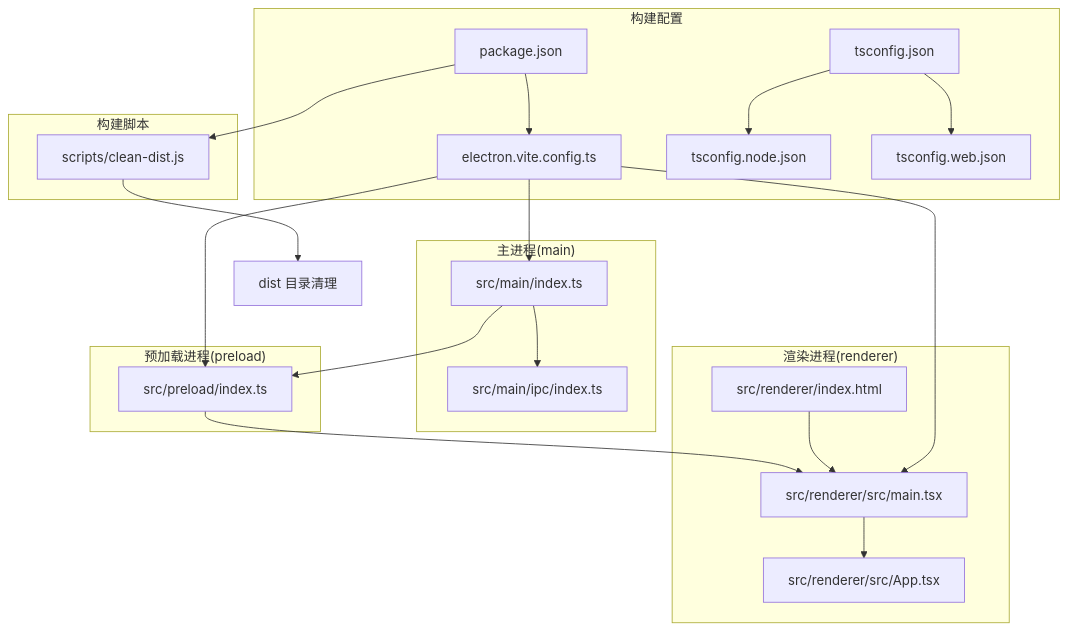
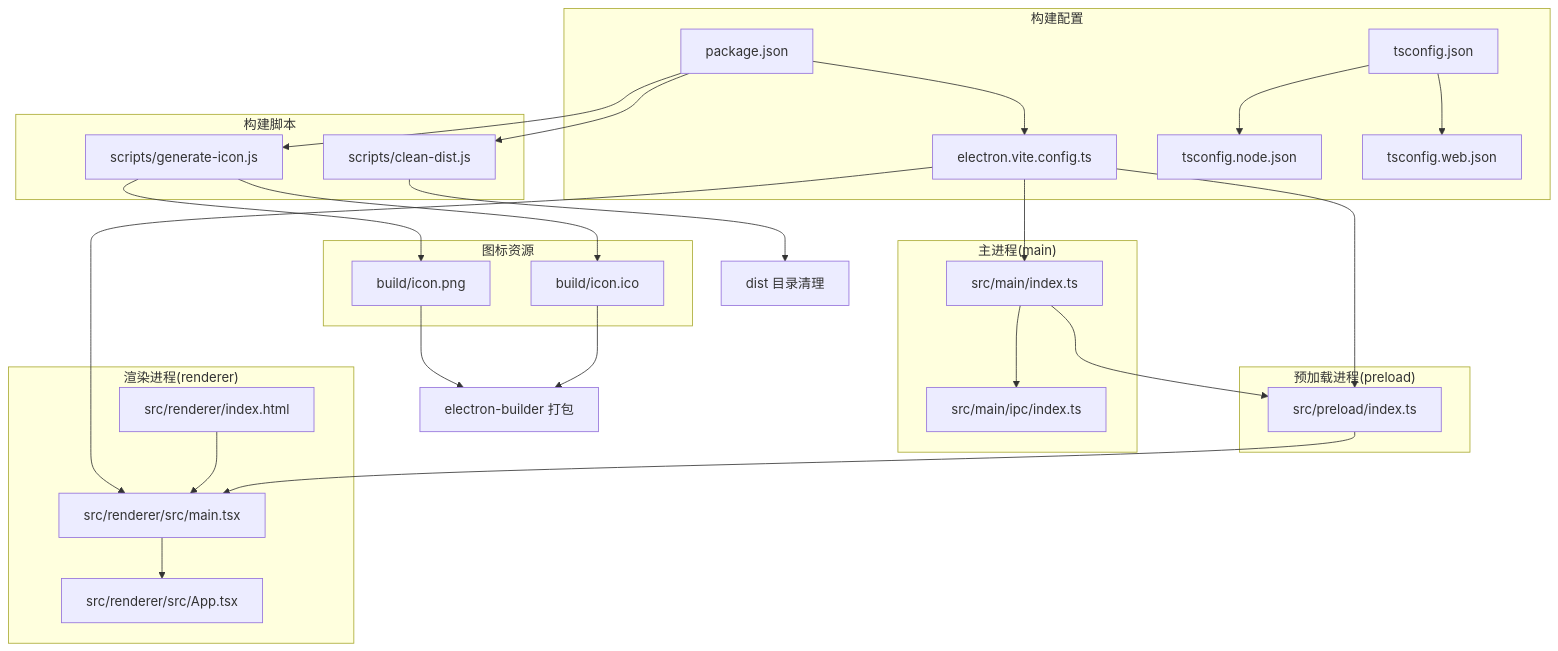
Before and after one commit to remgasuki/ReDoPhoto: the first of 9 diagrams in .qoder/repowiki/zh/content/配置与部署/构建配置.md, drawn with Mermaid. The commit also changed other lines of this file and 23 other files, not shown here.

````diff
--- a/.qoder/repowiki/zh/content/配置与部署/构建配置.md
+++ b/.qoder/repowiki/zh/content/配置与部署/构建配置.md
@@ -44,38 +48,48 @@
 ```mermaid
 graph TB
 subgraph "主进程(main)"
 M1["src/main/index.ts"]
 M2["src/main/ipc/index.ts"]
 end
 subgraph "预加载进程(preload)"
 P1["src/preload/index.ts"]
 end
 subgraph "渲染进程(renderer)"
 R1["src/renderer/src/main.tsx"]
 R2["src/renderer/src/App.tsx"]
 R3["src/renderer/index.html"]
 end
 subgraph "构建配置"
 C1["electron.vite.config.ts"]
 C2["tsconfig.json"]
 C3["tsconfig.node.json"]
 C4["tsconfig.web.json"]
 C5["package.json"]
 end
 subgraph "构建脚本"
 S1["scripts/clean-dist.js"]
+S2["scripts/generate-icon.js"]
+end
+subgraph "图标资源"
+I1["build/icon.ico"]
+I2["build/icon.png"]
 end
 M1 --> M2
 M1 --> P1
 P1 --> R1
 R1 --> R2
 R3 --> R1
 C1 --> M1
 C1 --> P1
 C1 --> R1
 C2 --> C3
 C2 --> C4
 C5 --> C1
 C5 --> S1
+C5 --> S2
 S1 --> D1["dist 目录清理"]
+S2 --> I1
+S2 --> I2
+I1 --> B1["electron-builder 打包"]
+I2 --> B1
 ```
````
